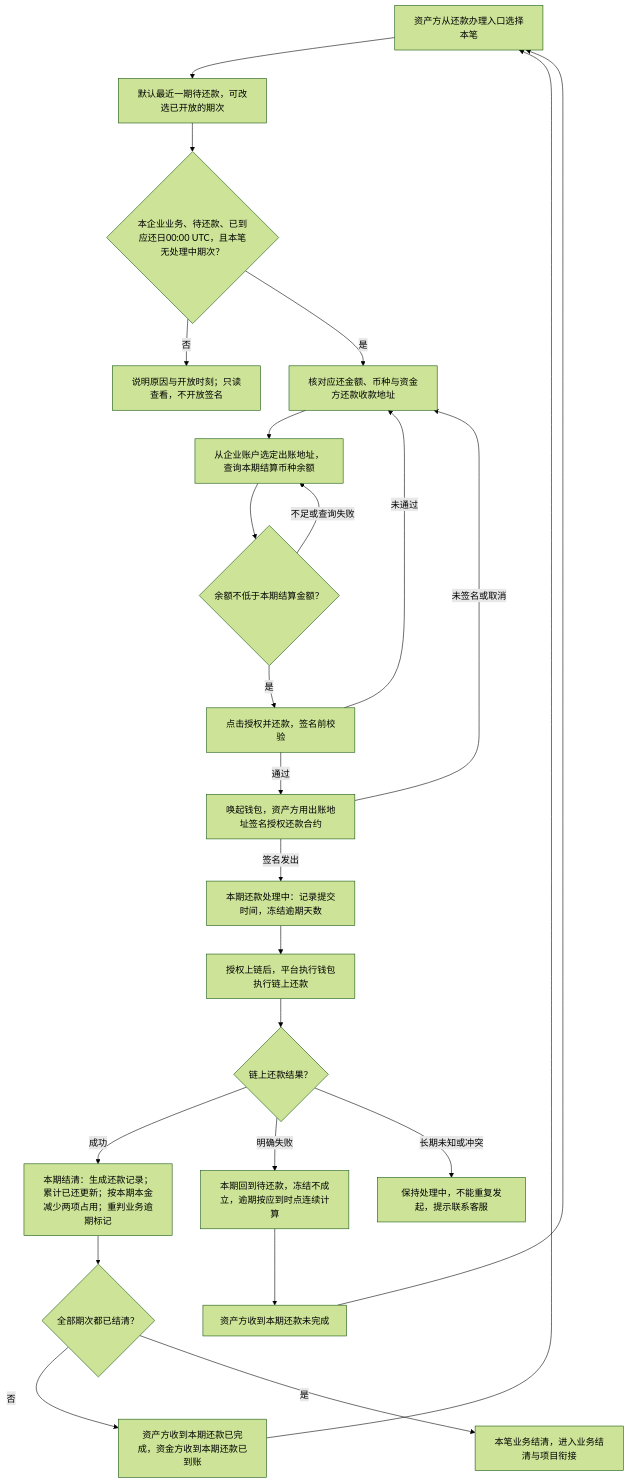
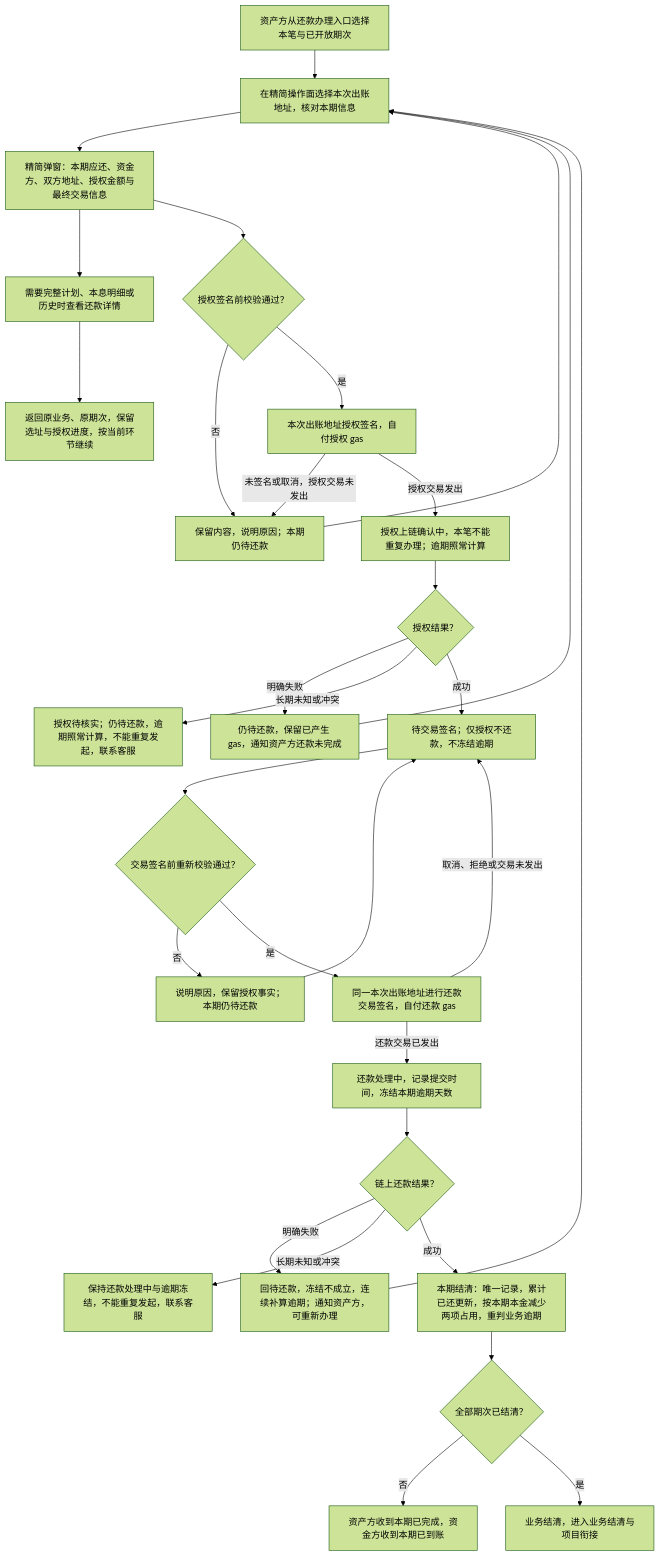
The second of 5 diagrams in lending-platform/PRD/面客端/08-借贷广场-链上还款/02-链上还款-流程图与状态机.md (wxblockchain/Chain-Financing), drawn with Mermaid (forest theme) before and after one commit. The commit also changed other lines of this file and 21 other files, not shown here.

````diff
--- a/lending-platform/PRD/面客端/08-借贷广场-链上还款/02-链上还款-流程图与状态机.md
+++ b/lending-platform/PRD/面客端/08-借贷广场-链上还款/02-链上还款-流程图与状态机.md
@@ -49,26 +50,32 @@
 ```mermaid
 flowchart TD
-  A[资产方从还款办理入口选择本笔] --> B[默认最近一期待还款，可改选已开放的期次]
-  B --> C{本企业业务、待还款、已到应还日00:00 UTC，且本笔无处理中期次？}
-  C -->|否| D[说明原因与开放时刻；只读查看，不开放签名]
-  C -->|是| E[核对应还金额、币种与资金方还款收款地址]
-  E --> F[从企业账户选定出账地址，查询本期结算币种余额]
-  F --> G{余额不低于本期结算金额？}
-  G -->|不足或查询失败| F
-  G -->|是| H[点击授权并还款，签名前校验]
-  H -->|未通过| E
-  H -->|通过| I[唤起钱包，资产方用出账地址签名授权还款合约]
-  I -->|未签名或取消| E
-  I -->|签名发出| J[本期还款处理中：记录提交时间，冻结逾期天数]
-  J --> K[授权上链后，平台执行钱包执行链上还款]
-  K --> L{链上还款结果？}
-  L -->|成功| M[本期结清：生成还款记录；累计已还更新；按本期本金减少两项占用；重判业务逾期标记]
-  L -->|明确失败| N[本期回到待还款，冻结不成立，逾期按应到时点连续计算]
-  N --> O[资产方收到本期还款未完成]
-  O --> A
-  L -->|长期未知或冲突| P[保持处理中，不能重复发起，提示联系客服]
-  M --> Q{全部期次都已结清？}
-  Q -->|否| R[资产方收到本期还款已完成，资金方收到本期还款已到账]
-  R --> A
-  Q -->|是| S[本笔业务结清，进入业务结清与项目衔接]
+  A[资产方从还款办理入口选择本笔与已开放期次] --> B[在精简操作面选择本次出账地址，核对本期信息]
+  B --> C[精简弹窗：本期应还、资金方、双方地址、授权金额与最终交易信息]
+  C --> V1[需要完整计划、本息明细或历史时查看还款详情]
+  V1 --> V2[返回原业务、原期次，保留选址与授权进度，按当前环节继续]
+  C --> D{授权签名前校验通过？}
+  D -->|否| E[保留内容，说明原因；本期仍待还款]
+  E --> B
+  D -->|是| F[本次出账地址授权签名，自付授权 gas]
+  F -->|未签名或取消，授权交易未发出| E
+  F -->|授权交易发出| G[授权上链确认中，本笔不能重复办理；逾期照常计算]
+  G --> H{授权结果？}
+  H -->|明确失败| I[仍待还款，保留已产生 gas，通知资产方还款未完成]
+  I --> B
+  H -->|长期未知或冲突| J[授权待核实；仍待还款，逾期照常计算，不能重复发起，联系客服]
+  H -->|成功| K[待交易签名；仅授权不还款，不冻结逾期]
+  K --> L{交易签名前重新校验通过？}
+  L -->|否| M[说明原因，保留授权事实；本期仍待还款]
+  M --> K
+  L -->|是| N[同一本次出账地址进行还款交易签名，自付还款 gas]
+  N -->|取消、拒绝或交易未发出| K
+  N -->|还款交易已发出| O[还款处理中，记录提交时间，冻结本期逾期天数]
+  O --> P{链上还款结果？}
+  P -->|明确失败| Q[回待还款，冻结不成立，连续补算逾期；通知资产方，可重新办理]
+  Q --> B
+  P -->|长期未知或冲突| R[保持还款处理中与逾期冻结，不能重复发起，联系客服]
+  P -->|成功| S[本期结清：唯一记录，累计已还更新，按本期本金减少两项占用，重判业务逾期]
+  S --> T{全部期次已结清？}
+  T -->|否| U[资产方收到本期已完成，资金方收到本期已到账]
+  T -->|是| V[业务结清，进入业务结清与项目衔接]
 ```
````
